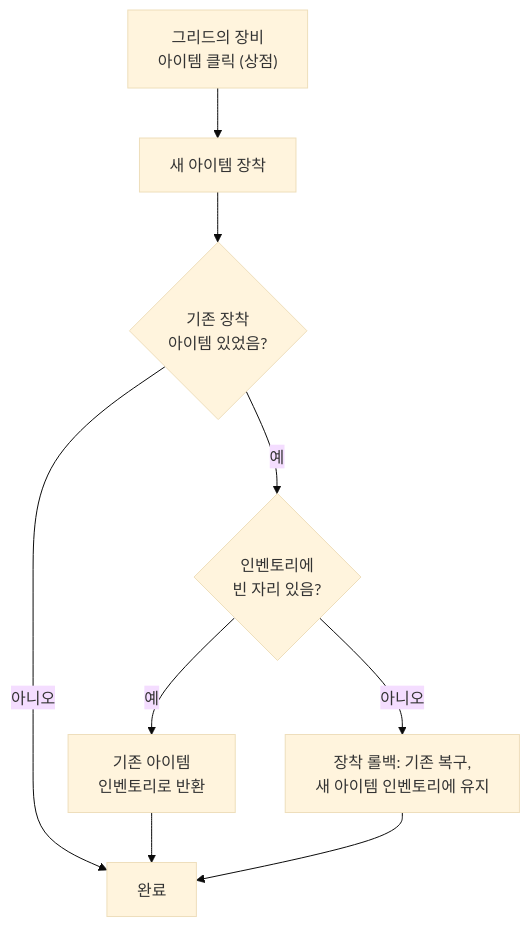
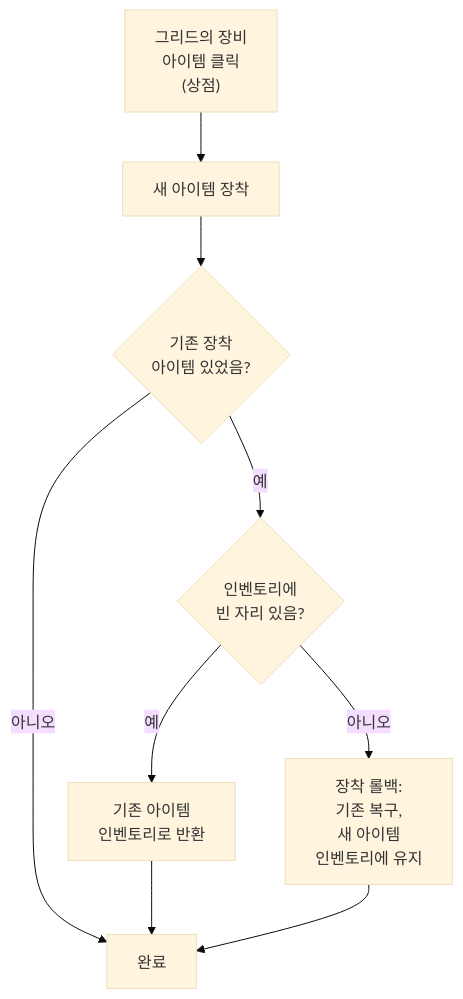
One commit to gesua/PanzerCity_scripts changed the seventh of 9 diagrams in README.md. Above: the diagram before and after it, drawn with Mermaid (base theme). The commit also changed other lines of this file, not shown here.

````diff
--- a/README.md
+++ b/README.md
@@ -474,9 +475,9 @@
 ```mermaid
 flowchart TD
-    A["그리드의 장비<br/>아이템 클릭 (상점)"] --> B["새 아이템 장착"]
-    B --> C{"기존 장착<br/>아이템 있었음?"}
+    A["그리드의 장비<br>아이템 클릭<br>(상점)"] --> B["새 아이템 장착"]
+    B --> C{"기존 장착<br>아이템 있었음?"}
     C -- 아니오 --> G[완료]
-    C -- 예 --> D{"인벤토리에<br/>빈 자리 있음?"}
-    D -- 예 --> E["기존 아이템<br/>인벤토리로 반환"] --> G
-    D -- 아니오 --> F["장착 롤백: 기존 복구,<br/>새 아이템 인벤토리에 유지"] --> G
+    C -- 예 --> D{"인벤토리에<br>빈 자리 있음?"}
+    D -- 예 --> E["기존 아이템<br>인벤토리로 반환"] --> G
+    D -- 아니오 --> F["장착 롤백:<br>기존 복구,<br>새 아이템<br>인벤토리에 유지"] --> G
 ```
````
